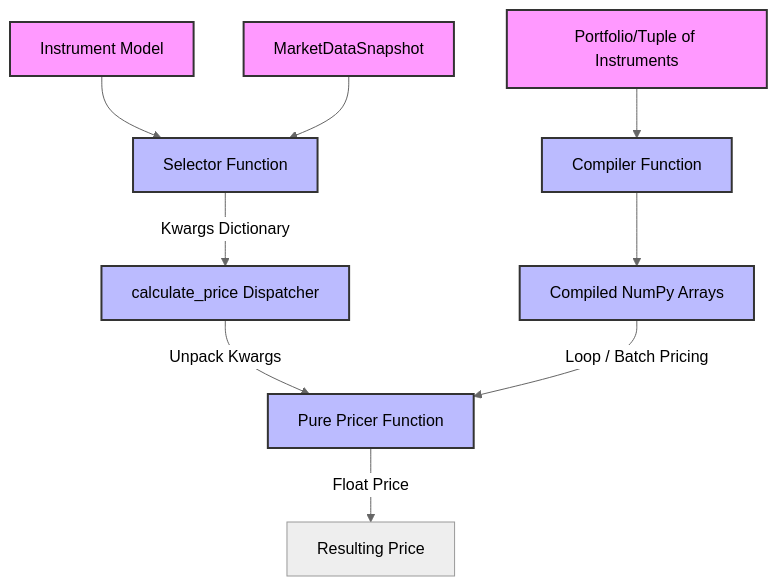
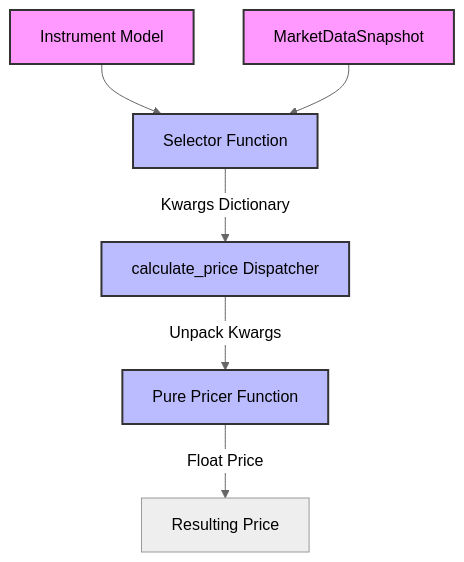
The diagram in docs/developer/architecture.md (Frik7/Atlas), drawn with Mermaid (neutral theme) before and after one commit. The commit also changed other lines of this file and 34 other files, not shown here.

````diff
--- a/docs/developer/architecture.md
+++ b/docs/developer/architecture.md
@@ -13,28 +13,19 @@
 ```mermaid
 graph TD
     classDef domainStyle fill:#f9f,stroke:#333,stroke-width:2px;
     classDef computeStyle fill:#bbf,stroke:#333,stroke-width:2px;
 
     Snapshot[MarketDataSnapshot]:::domainStyle
     Instrument[Instrument Model]:::domainStyle
     
     Selector[Selector Function]:::computeStyle
     Pricer[Pure Pricer Function]:::computeStyle
-    Compiler[Compiler Function]:::computeStyle
     Dispatcher[calculate_price Dispatcher]:::computeStyle
-    
-    Portfolio[Portfolio/Tuple of Instruments]:::domainStyle
-    NumPyArrays[Compiled NumPy Arrays]:::computeStyle
 
     %% Path 1: Single Instrument Valuation
     Instrument --> Selector
     Snapshot --> Selector
     Selector --> |Kwargs Dictionary| Dispatcher
     Dispatcher --> |Unpack Kwargs| Pricer
     Pricer --> |Float Price| Output[Resulting Price]
-
-    %% Path 2: Batch Compiler Valuation
-    Portfolio --> Compiler
-    Compiler --> NumPyArrays
-    NumPyArrays --> |Loop / Batch Pricing| Pricer
 ```
````
